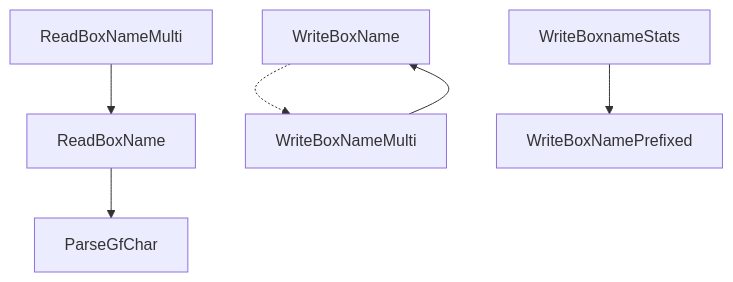
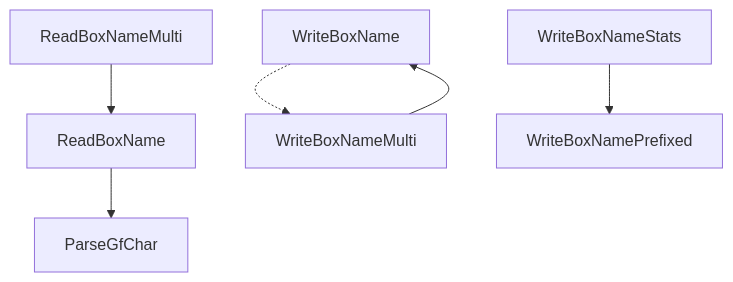
Before and after one commit to kvistsivk/gen-3-ace: the diagram in docs/setup/function-library.md, drawn with Mermaid. The commit also changed 3 other files, not shown here.

````diff
--- a/docs/setup/function-library.md
+++ b/docs/setup/function-library.md
@@ -37,20 +37,20 @@
 ```mermaid
 flowchart TD
     A[ParseGfChar]
     B[ReadBoxName]
     C[ReadBoxNameMulti]
     D[WriteBoxName]
     E[WriteBoxNameMulti]
     F[WriteBoxNamePrefixed]
-    G[WriteBoxnameStats]
+    G[WriteBoxNameStats]
 
     B --> A
     C --> B
 
     D -.-> E
     E --> D
 
     G --> F
 
     classDef empty width:0px
 ```
````
